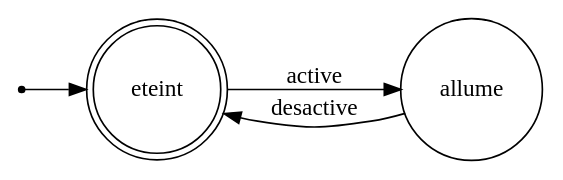
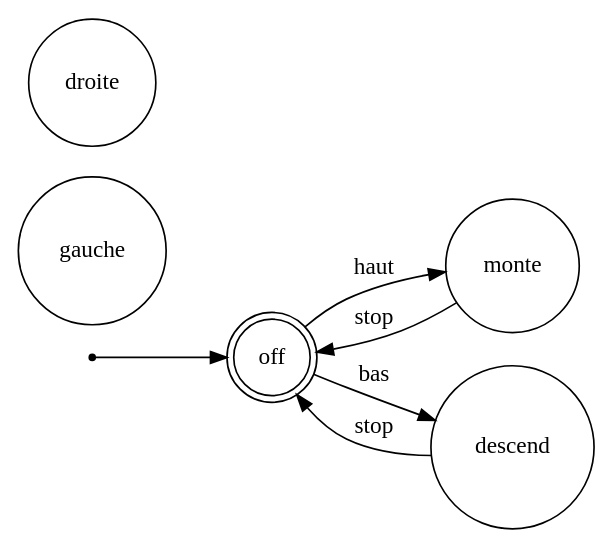
The diagram in Compilator/code.gv (mineosx29/wasm-as-ensta), drawn with Graphviz before and after one commit. The commit also changed 6 other files, not shown here.

```diff
--- a/Compilator/code.gv
+++ b/Compilator/code.gv
@@ -1,11 +1,16 @@
 digraph automate{
 rankdir=LR;
 size="8,5"
-node [shape = doublecircle];eteint;
+node [shape = doublecircle];off;
 node [shape = point ]; qi
 node [shape = circle];
-qi -> eteint;
-node [shape = circle];allume;
-eteint -> allume [ label = "active"];
-allume -> eteint [ label = "desactive"];
+qi -> off;
+node [shape = circle];monte;
+node [shape = circle];descend;
+node [shape = circle];gauche;
+node [shape = circle];droite;
+off -> monte [ label = "haut"];
+off -> descend [ label = "bas"];
+monte -> off [ label = "stop"];
+descend -> off [ label = "stop"];
 }
```
